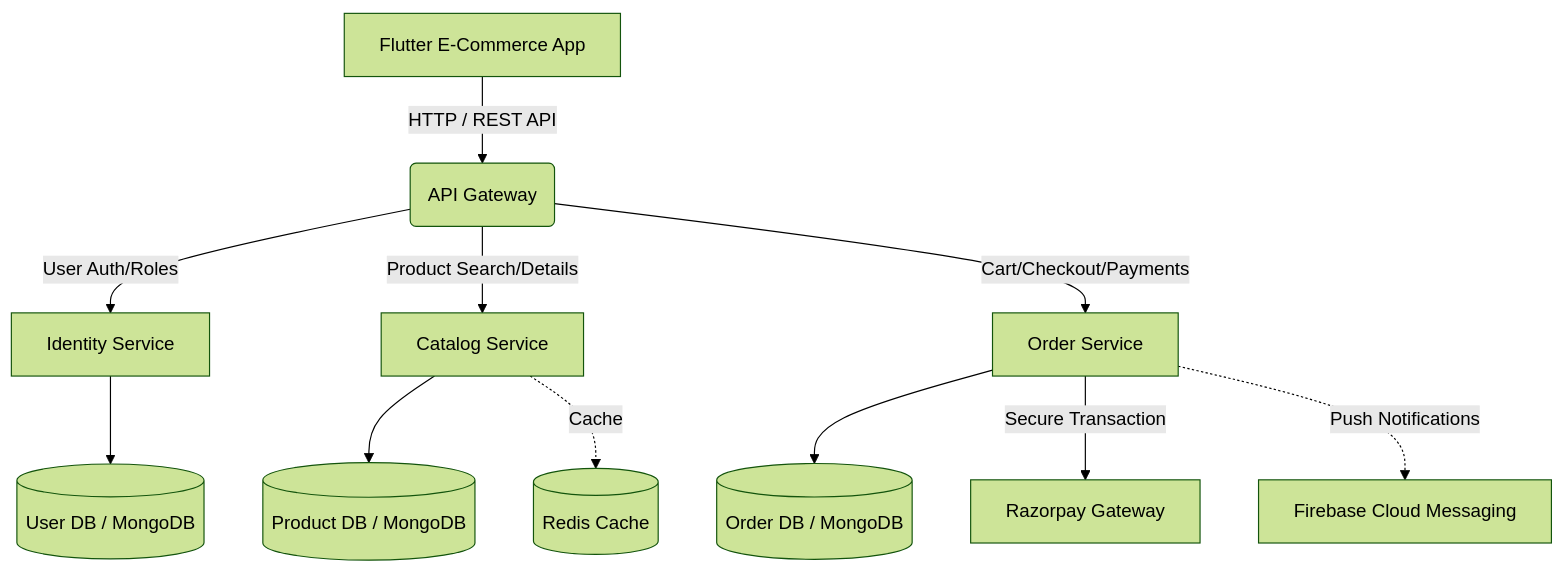
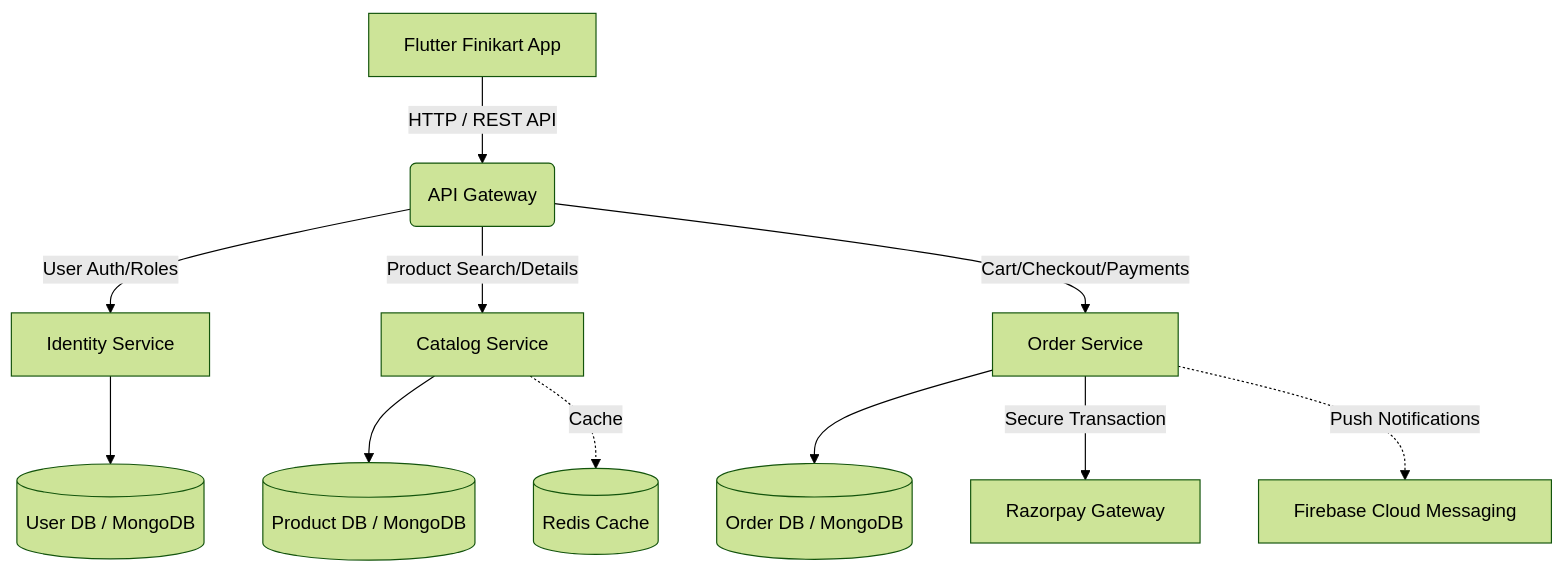
One commit to parthjariya44044/Document changed the diagram in project doc.md. Above: the diagram before and after it, drawn with Mermaid (forest theme). The commit also changed other lines of this file, not shown here.

````diff
--- a/project doc.md
+++ b/project doc.md
@@ -88,15 +88,15 @@
 ```mermaid
 graph TD
-    A[Flutter E-Commerce App] -->|HTTP / REST API| B(API Gateway)
+    A[Flutter Finikart App] -->|HTTP / REST API| B(API Gateway)
     B -->|User Auth/Roles| C[Identity Service]
     B -->|Product Search/Details| D[Catalog Service]
     B -->|Cart/Checkout/Payments| E[Order Service]
     
     C --> F[(User DB / MongoDB)]
     D --> G[(Product DB / MongoDB)]
     D -.->|Cache| I[(Redis Cache)]
     E --> H[(Order DB / MongoDB)]
     
     E -->|Secure Transaction| J[Razorpay Gateway]
     E -.->|Push Notifications| K[Firebase Cloud Messaging]
 ```
````
